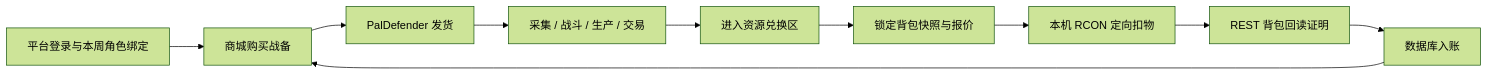
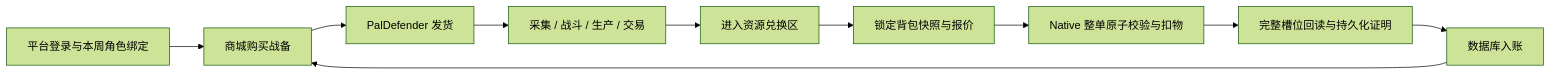
The first of 2 diagrams in extraction-mode/docs/00-MVP玩法与架构.md (newonei/pal-control), drawn with Mermaid (forest theme) before and after one commit. The commit also changed other lines of this file and 194 other files, not shown here.

````diff
--- a/extraction-mode/docs/00-MVP玩法与架构.md
+++ b/extraction-mode/docs/00-MVP玩法与架构.md
@@ -34,12 +34,12 @@
 ```mermaid
 flowchart LR
     Login["平台登录与本周角色绑定"] --> Buy["商城购买战备"]
     Buy --> Grant["PalDefender 发货"]
     Grant --> Gather["采集 / 战斗 / 生产 / 交易"]
     Gather --> Zone["进入资源兑换区"]
     Zone --> Quote["锁定背包快照与报价"]
-    Quote --> Consume["本机 RCON 定向扣物"]
-    Consume --> Verify["REST 背包回读证明"]
+    Quote --> Consume["Native 整单原子校验与扣物"]
+    Consume --> Verify["完整槽位回读与持久化证明"]
     Verify --> Credit["数据库入账"]
     Credit --> Buy
 ```
````
